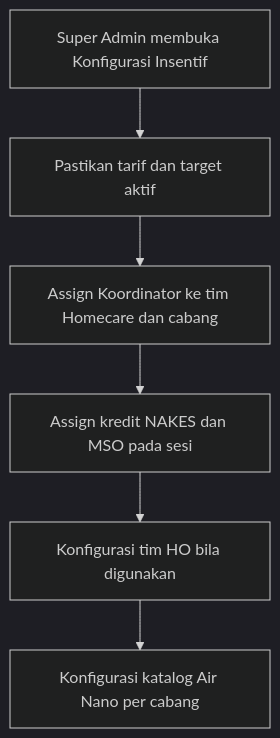
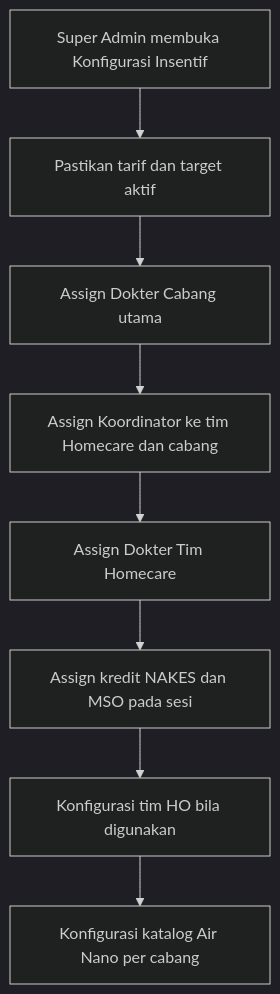
The first of 4 diagrams in docs/REQUIREMENT_FLOW_INSENTIF_CHS_DAN_AIR_NANO_ADD_ON.md (TatangSteam/RAHO_APPS), drawn with Mermaid (dark theme) before and after one commit. The commit also changed other lines of this file and 6 other files, not shown here.

````diff
--- a/docs/REQUIREMENT_FLOW_INSENTIF_CHS_DAN_AIR_NANO_ADD_ON.md
+++ b/docs/REQUIREMENT_FLOW_INSENTIF_CHS_DAN_AIR_NANO_ADD_ON.md
@@ -265,8 +334,10 @@
 ```mermaid
 flowchart TD
     A[Super Admin membuka Konfigurasi Insentif] --> B[Pastikan tarif dan target aktif]
-    B --> C[Assign Koordinator ke tim Homecare dan cabang]
-    C --> D[Assign kredit NAKES dan MSO pada sesi]
-    D --> E[Konfigurasi tim HO bila digunakan]
-    E --> F[Konfigurasi katalog Air Nano per cabang]
+    B --> C[Assign Dokter Cabang utama]
+    C --> D[Assign Koordinator ke tim Homecare dan cabang]
+    D --> E[Assign Dokter Tim Homecare]
+    E --> F[Assign kredit NAKES dan MSO pada sesi]
+    F --> G[Konfigurasi tim HO bila digunakan]
+    G --> H[Konfigurasi katalog Air Nano per cabang]
 ```
````
